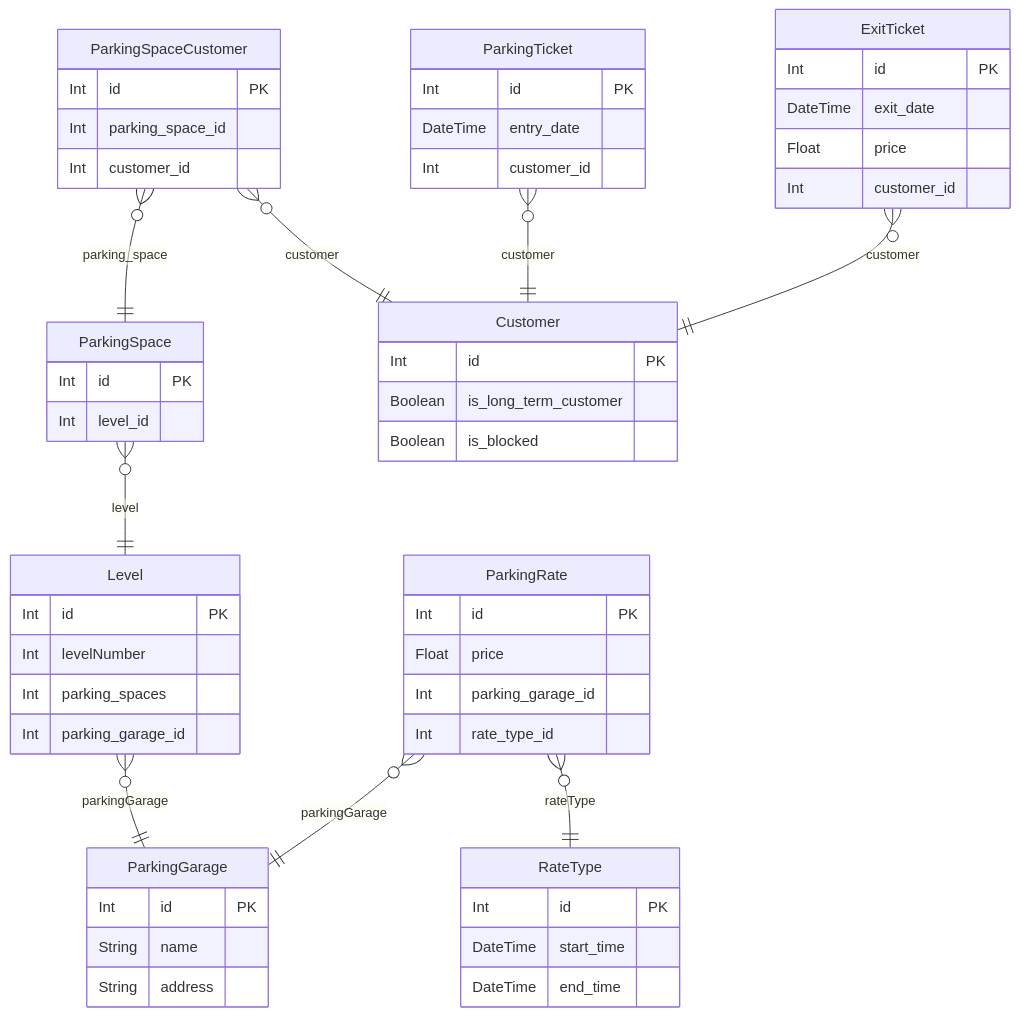
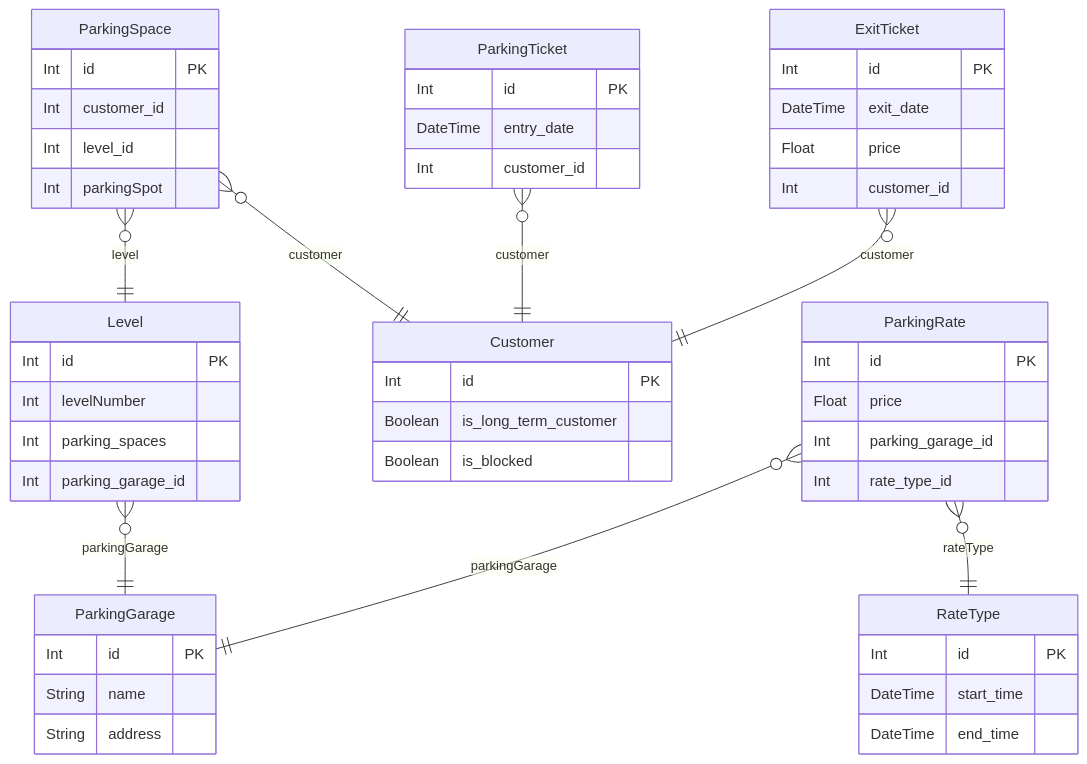
The diagram in documentation/erd.md (DaAlbrecht/parking-garage), drawn with Mermaid before and after one commit. The commit also changed 8 other files, not shown here.

````diff
--- a/documentation/erd.md
+++ b/documentation/erd.md
@@ -1,76 +1,70 @@
 ```mermaid
 erDiagram
 
   ParkingGarage {
     Int id PK 
     String name  
     String address  
     }
   
 
   Level {
     Int id PK 
     Int levelNumber  
     Int parking_spaces  
     Int parking_garage_id  
     }
   
 
   ParkingSpace {
     Int id PK 
+    Int customer_id  
     Int level_id  
-    }
-  
-
-  ParkingSpaceCustomer {
-    Int id PK 
-    Int parking_space_id  
-    Int customer_id  
+    Int parkingSpot  
     }
   
 
   Customer {
     Int id PK 
     Boolean is_long_term_customer  
     Boolean is_blocked  
     }
   
 
   ParkingTicket {
     Int id PK 
     DateTime entry_date  
     Int customer_id  
     }
   
 
   ExitTicket {
     Int id PK 
     DateTime exit_date  
     Float price  
     Int customer_id  
     }
   
 
   ParkingRate {
     Int id PK 
     Float price  
     Int parking_garage_id  
     Int rate_type_id  
     }
   
 
   RateType {
     Int id PK 
     DateTime start_time  
     DateTime end_time  
     }
   
     Level o{--|| ParkingGarage : "parkingGarage"
+    ParkingSpace o{--|| Customer : "customer"
     ParkingSpace o{--|| Level : "level"
-    ParkingSpaceCustomer o{--|| ParkingSpace : "parking_space"
-    ParkingSpaceCustomer o{--|| Customer : "customer"
     ParkingTicket o{--|| Customer : "customer"
     ExitTicket o{--|| Customer : "customer"
     ParkingRate o{--|| ParkingGarage : "parkingGarage"
     ParkingRate o{--|| RateType : "rateType"
 ```
````
